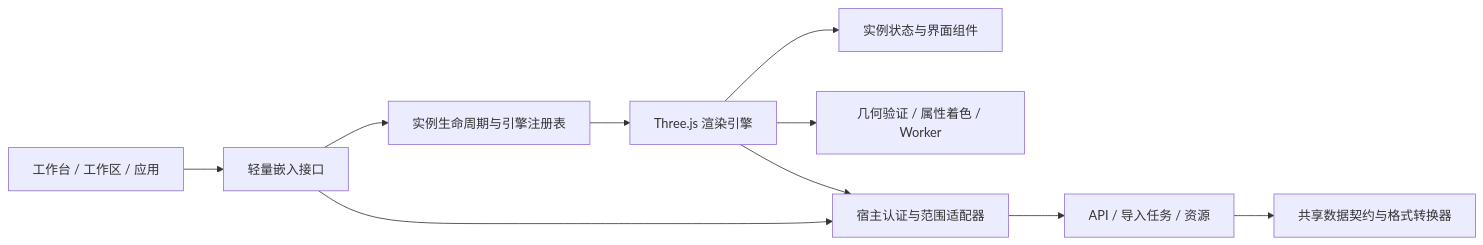
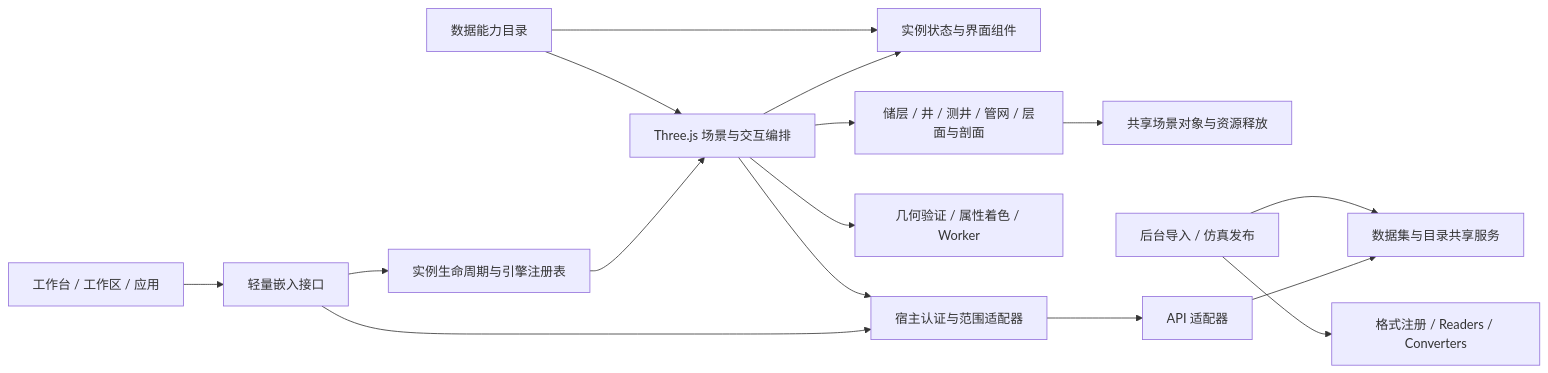
One commit to Adair-Shuai/QwenPaw changed the diagram in docs/VISUALIZATION_ENGINE.md. Above: the diagram before and after it, drawn with Mermaid. The commit also changed other lines of this file and 1223 other files, not shown here.

````diff
--- a/docs/VISUALIZATION_ENGINE.md
+++ b/docs/VISUALIZATION_ENGINE.md
@@ -7,12 +7,18 @@
 ```mermaid
 flowchart LR
   A[工作台 / 工作区 / 应用] --> B[轻量嵌入接口]
   B --> C[实例生命周期与引擎注册表]
-  C --> D[Three.js 渲染引擎]
+  C --> D[Three.js 场景与交互编排]
   D --> E[实例状态与界面组件]
-  D --> F[几何验证 / 属性着色 / Worker]
+  P[数据能力目录] --> D
+  P --> E
+  D --> F[储层 / 井 / 测井 / 管网 / 层面与剖面]
+  F --> R[共享场景对象与资源释放]
+  D --> W[几何验证 / 属性着色 / Worker]
   B --> G[宿主认证与范围适配器]
   D --> G
-  G --> H[API / 导入任务 / 资源]
-  H --> I[共享数据契约与格式转换器]
+  G --> H[API 适配器]
+  H --> S[数据集与目录共享服务]
+  J[后台导入 / 仿真发布] --> S
+  J --> I[格式注册 / Readers / Converters]
 ```
````
